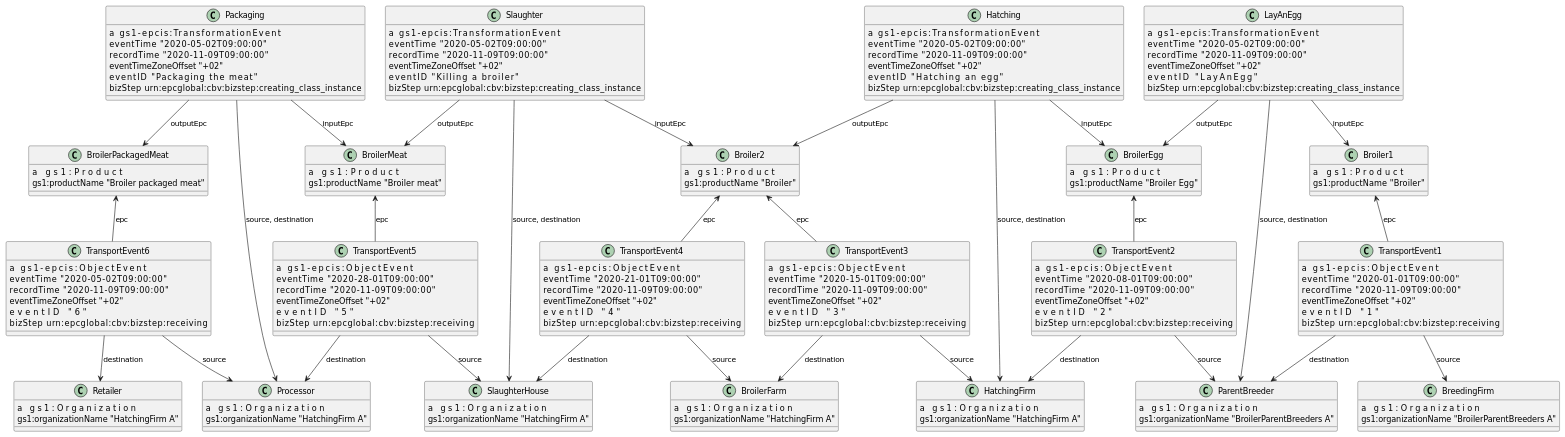
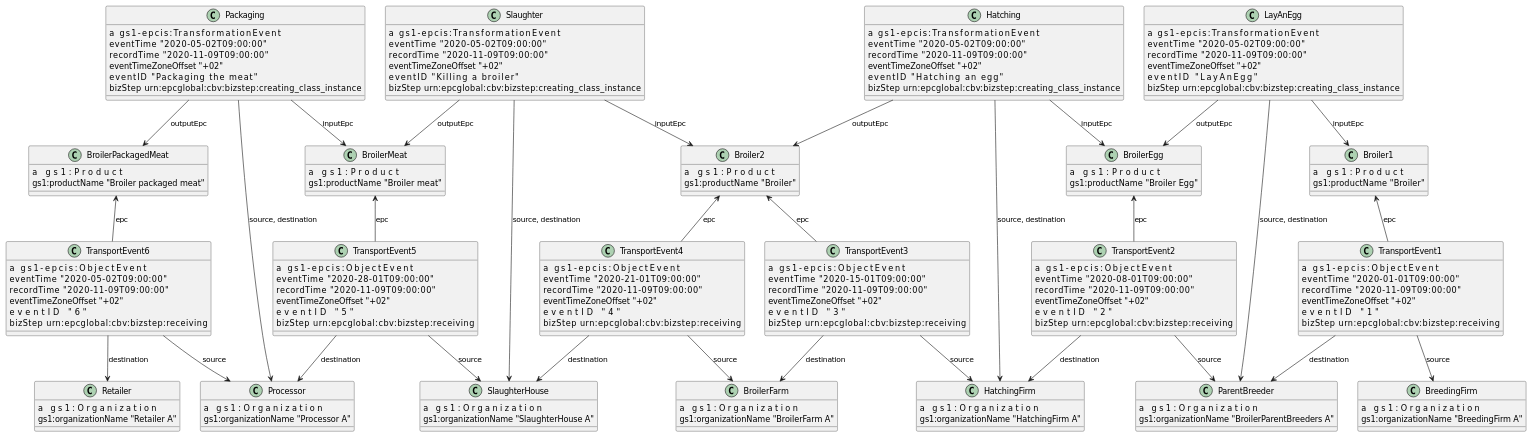
The diagram in broilers/broilers-example.puml (OriginTrail/epcis-erm), drawn with PlantUML before and after one commit. The commit also changed 15 other files, not shown here.

```diff
--- a/broilers/broilers-example.puml
+++ b/broilers/broilers-example.puml
@@ -1,196 +1,196 @@
 @startuml
 class Broiler1 {
     a                   gs1:Product
     gs1:productName     "Broiler"
 }
 
 class Broiler2 {
     a                   gs1:Product
     gs1:productName     "Broiler"
 }
 
 class BroilerEgg {
     a                   gs1:Product
     gs1:productName     "Broiler Egg"
 }
 
 class BroilerMeat {
     a                   gs1:Product
     gs1:productName     "Broiler meat"
 }
 
 class BroilerPackagedMeat {
     a                   gs1:Product
     gs1:productName     "Broiler packaged meat"
 }
 
 class BreedingFirm {
     a                       gs1:Organization
-    gs1:organizationName    "BroilerParentBreeders A"
+    gs1:organizationName    "BreedingFirm A"
 }
 
 class ParentBreeder {
     a                       gs1:Organization
     gs1:organizationName    "BroilerParentBreeders A"
 }
 
 class HatchingFirm {
     a                       gs1:Organization
     gs1:organizationName    "HatchingFirm A"
  
 }
 
 class BroilerFarm {
     a                       gs1:Organization
-    gs1:organizationName    "HatchingFirm A"
+    gs1:organizationName    "BroilerFarm A"
 }
 
 class SlaughterHouse {
     a                       gs1:Organization
-    gs1:organizationName    "HatchingFirm A"
+    gs1:organizationName    "SlaughterHouse A"
 }
 
 class Processor {
     a                       gs1:Organization
-    gs1:organizationName    "HatchingFirm A"
+    gs1:organizationName    "Processor A"
 }
 
 class Retailer {
     a                       gs1:Organization
-    gs1:organizationName    "HatchingFirm A"
+    gs1:organizationName    "Retailer A"
 }
 
 class LayAnEgg {
     a                       gs1-epcis:TransformationEvent
     eventTime               "2020-05-02T09:00:00"
     recordTime              "2020-11-09T09:00:00"
     eventTimeZoneOffset     "+02"
     eventID                 "LayAnEgg" 
     bizStep                 urn:epcglobal:cbv:bizstep:creating_class_instance
 }
 
 class Hatching {
     a                       gs1-epcis:TransformationEvent
     eventTime               "2020-05-02T09:00:00"
     recordTime              "2020-11-09T09:00:00"
     eventTimeZoneOffset     "+02"
     eventID                 "Hatching an egg" 
     bizStep                 urn:epcglobal:cbv:bizstep:creating_class_instance
 }
 
 class Slaughter {
     a                       gs1-epcis:TransformationEvent
     eventTime               "2020-05-02T09:00:00"
     recordTime              "2020-11-09T09:00:00"
     eventTimeZoneOffset     "+02"
     eventID                 "Killing a broiler" 
     bizStep                 urn:epcglobal:cbv:bizstep:creating_class_instance
 }
 
 class Packaging {
     a                       gs1-epcis:TransformationEvent
     eventTime               "2020-05-02T09:00:00"
     recordTime              "2020-11-09T09:00:00"
     eventTimeZoneOffset     "+02"
     eventID                 "Packaging the meat" 
     bizStep                 urn:epcglobal:cbv:bizstep:creating_class_instance
 }
 
 class TransportEvent1 {
     a                       gs1-epcis:ObjectEvent
     eventTime               "2020-01-01T09:00:00"
     recordTime              "2020-11-09T09:00:00"
     eventTimeZoneOffset     "+02"
     eventID                 "1" 
     bizStep                 urn:epcglobal:cbv:bizstep:receiving 
 }
 
 class TransportEvent2 {
     a                       gs1-epcis:ObjectEvent
     eventTime               "2020-08-01T09:00:00"
     recordTime              "2020-11-09T09:00:00"
     eventTimeZoneOffset     "+02"
     eventID                 "2" 
     bizStep                 urn:epcglobal:cbv:bizstep:receiving 
 }
 
 class TransportEvent3 {
     a                       gs1-epcis:ObjectEvent
     eventTime               "2020-15-01T09:00:00"
     recordTime              "2020-11-09T09:00:00"
     eventTimeZoneOffset     "+02"
     eventID                 "3" 
     bizStep                 urn:epcglobal:cbv:bizstep:receiving 
 }
 
 class TransportEvent4 {
     a                       gs1-epcis:ObjectEvent
     eventTime               "2020-21-01T09:00:00"
     recordTime              "2020-11-09T09:00:00"
     eventTimeZoneOffset     "+02"
     eventID                 "4" 
     bizStep                 urn:epcglobal:cbv:bizstep:receiving 
 }
 
 class TransportEvent5 {
     a                       gs1-epcis:ObjectEvent
     eventTime               "2020-28-01T09:00:00"
     recordTime              "2020-11-09T09:00:00"
     eventTimeZoneOffset     "+02"
     eventID                 "5" 
     bizStep                 urn:epcglobal:cbv:bizstep:receiving 
 }
 
 class TransportEvent6 {
     a                       gs1-epcis:ObjectEvent
     eventTime               "2020-05-02T09:00:00"
     recordTime              "2020-11-09T09:00:00"
     eventTimeZoneOffset     "+02"
     eventID                 "6" 
     bizStep                 urn:epcglobal:cbv:bizstep:receiving 
 }
 
 
 TransportEvent1 --> BreedingFirm : source
 TransportEvent1 --> ParentBreeder : destination
 TransportEvent1 -up-> Broiler1 : epc
 
 LayAnEgg --> ParentBreeder : source, destination
 LayAnEgg --> Broiler1 : inputEpc
 LayAnEgg --> BroilerEgg : outputEpc
 
 TransportEvent2 --> ParentBreeder : source
 TransportEvent2 --> HatchingFirm : destination
 TransportEvent2 -up-> BroilerEgg : epc
 
 Hatching --> HatchingFirm : source, destination
 Hatching --> BroilerEgg : inputEpc
 Hatching --> Broiler2 : outputEpc
 
 TransportEvent3 --> HatchingFirm : source
 TransportEvent3 --> BroilerFarm : destination
 TransportEvent3 -up-> Broiler2 : epc
 
 TransportEvent4 --> BroilerFarm : source
 TransportEvent4 --> SlaughterHouse : destination
 TransportEvent4 -up-> Broiler2 : epc
 
 Slaughter --> SlaughterHouse : source, destination
 Slaughter --> Broiler2 : inputEpc
 Slaughter --> BroilerMeat : outputEpc
 
 TransportEvent5 --> SlaughterHouse : source
 TransportEvent5 --> Processor : destination
 TransportEvent5 -up-> BroilerMeat : epc
 
 Packaging --> Processor : source, destination
 Packaging --> BroilerMeat : inputEpc
 Packaging --> BroilerPackagedMeat : outputEpc
 
 TransportEvent6 --> Processor : source
 TransportEvent6 --> Retailer : destination
 TransportEvent6 -up-> BroilerPackagedMeat : epc
 
 
 
 @enduml
```
